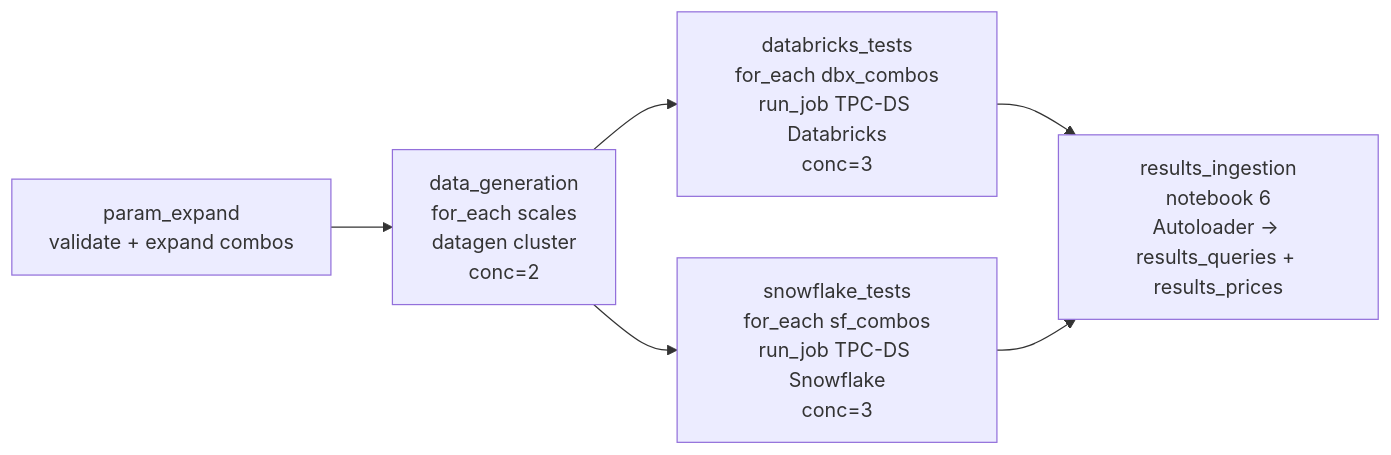
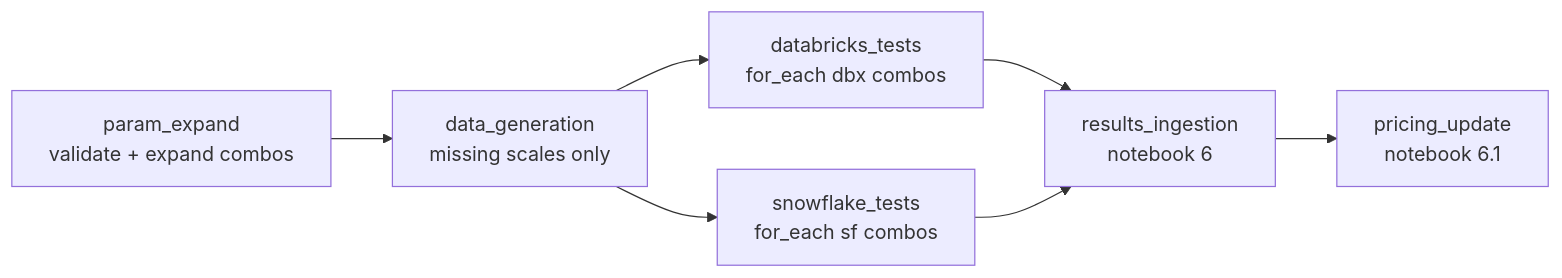
The second of 2 diagrams in README.md (diegofanesi/tpc-ds), drawn with Mermaid before and after one commit. The commit also changed other lines of this file, not shown here.

````diff
--- a/README.md
+++ b/README.md
@@ -86,14 +494,9 @@
 ```mermaid
 flowchart LR
-    pe[param_expand<br/>validate + expand combos]
-    dg[data_generation<br/>for_each scales<br/>datagen cluster<br/>conc=2]
-    dbx[databricks_tests<br/>for_each dbx_combos<br/>run_job TPC-DS Databricks<br/>conc=3]
-    sf[snowflake_tests<br/>for_each sf_combos<br/>run_job TPC-DS Snowflake<br/>conc=3]
-    ri[results_ingestion<br/>notebook 6<br/>Autoloader -> results_queries + results_prices]
-
-    pe --> dg
-    dg --> dbx
-    dg --> sf
-    dbx --> ri
+    pe[param_expand<br/>validate + expand combos] --> dg[data_generation<br/>missing scales only]
+    dg --> dbx[databricks_tests<br/>for_each dbx combos]
+    dg --> sf[snowflake_tests<br/>for_each sf combos]
+    dbx --> ri[results_ingestion<br/>notebook 6]
     sf --> ri
+    ri --> pu[pricing_update<br/>notebook 6.1]
 ```
````
